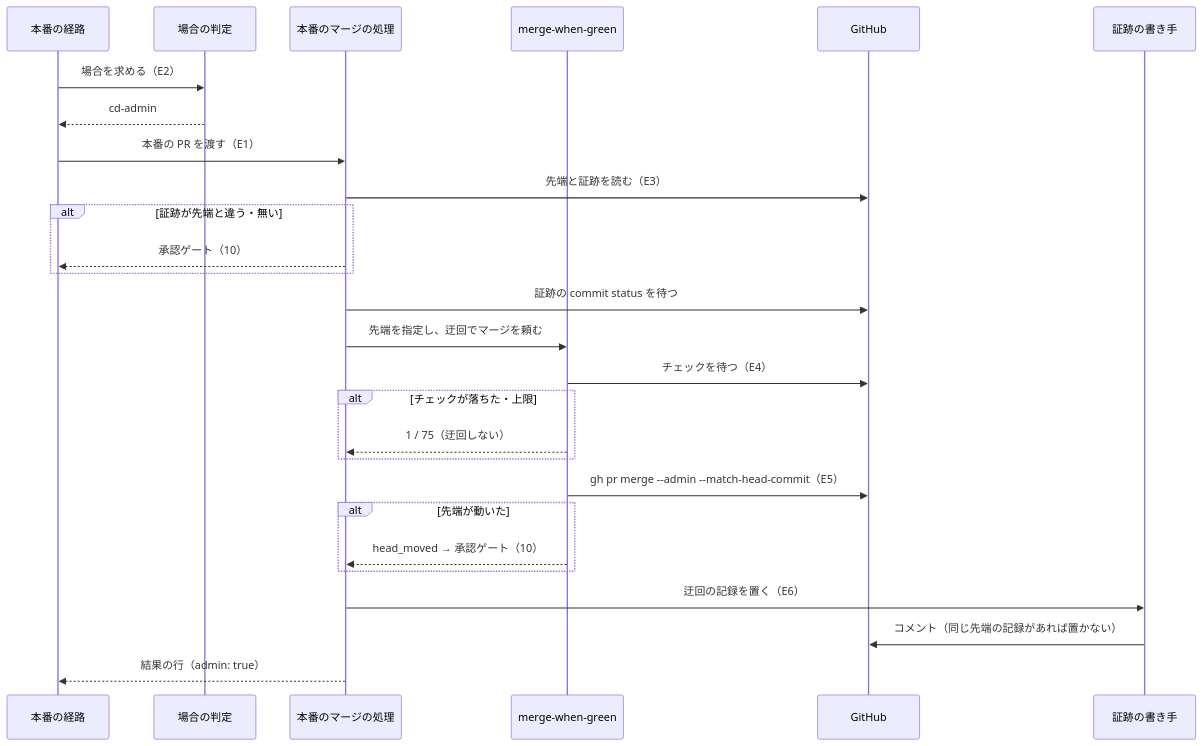
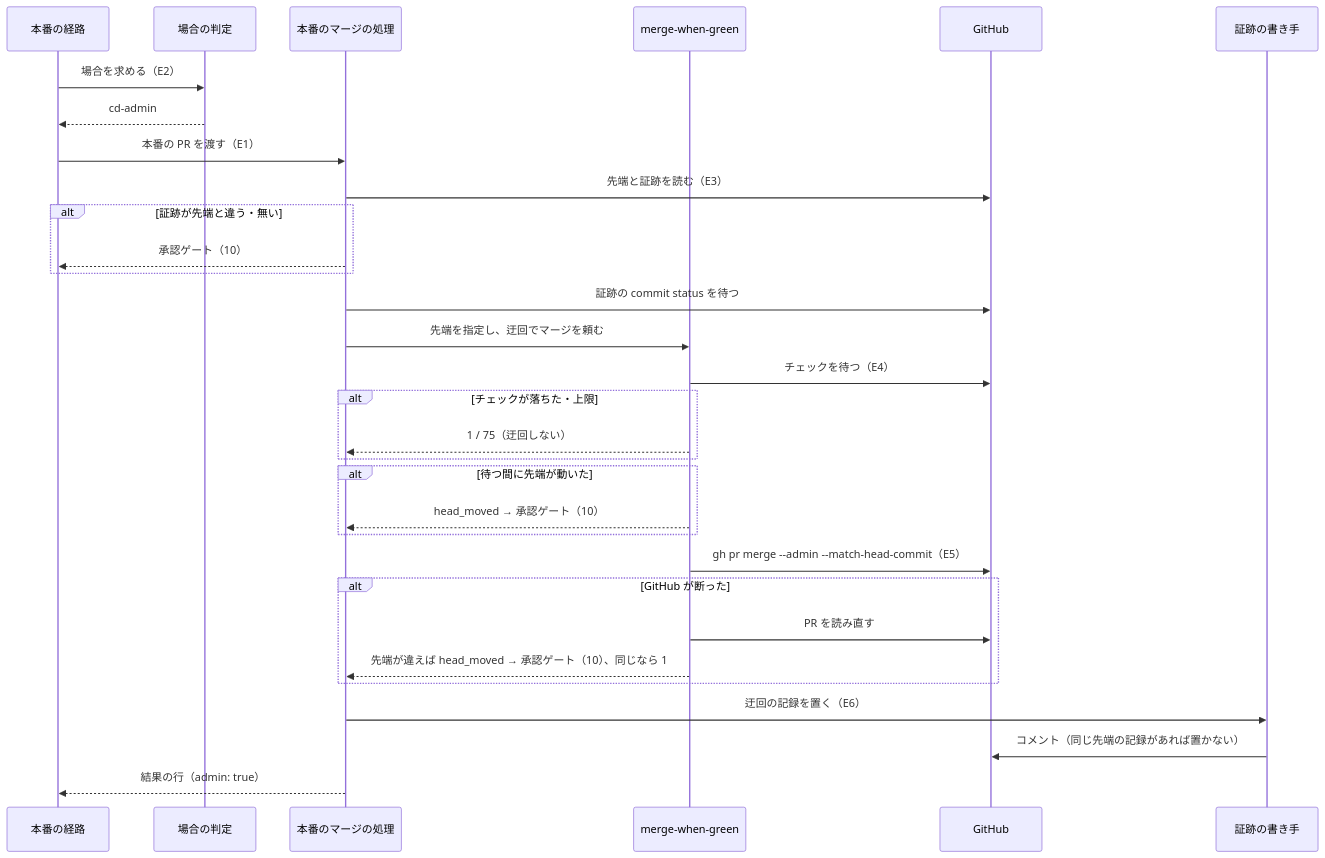
The third of 3 diagrams in issues/issue-3506-design.md (devbasex/ai-plugins), drawn with Mermaid before and after one commit. The commit also changed other lines of this file, not shown here.

````diff
--- a/issues/issue-3506-design.md
+++ b/issues/issue-3506-design.md
@@ -281,29 +303,33 @@
 ```mermaid
 sequenceDiagram
   participant S as 本番の経路
   participant C as 場合の判定
   participant M as 本番のマージの処理
   participant W as merge-when-green
   participant G as GitHub
   participant T as 証跡の書き手
   S->>C: 場合を求める（E2）
   C-->>S: cd-admin
   S->>M: 本番の PR を渡す（E1）
   M->>G: 先端と証跡を読む（E3）
   alt 証跡が先端と違う・無い
     M-->>S: 承認ゲート（10）
   end
   M->>G: 証跡の commit status を待つ
   M->>W: 先端を指定し、迂回でマージを頼む
   W->>G: チェックを待つ（E4）
   alt チェックが落ちた・上限
     W-->>M: 1 / 75（迂回しない）
   end
+  alt 待つ間に先端が動いた
+    W-->>M: head_moved → 承認ゲート（10）
+  end
   W->>G: gh pr merge --admin --match-head-commit（E5）
-  alt 先端が動いた
-    W-->>M: head_moved → 承認ゲート（10）
+  alt GitHub が断った
+    W->>G: PR を読み直す
+    W-->>M: 先端が違えば head_moved → 承認ゲート（10）、同じなら 1
   end
   M->>T: 迂回の記録を置く（E6）
   T->>G: コメント（同じ先端の記録があれば置かない）
   M-->>S: 結果の行（admin: true）
 ```
````
